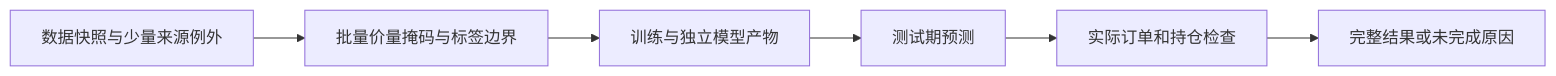
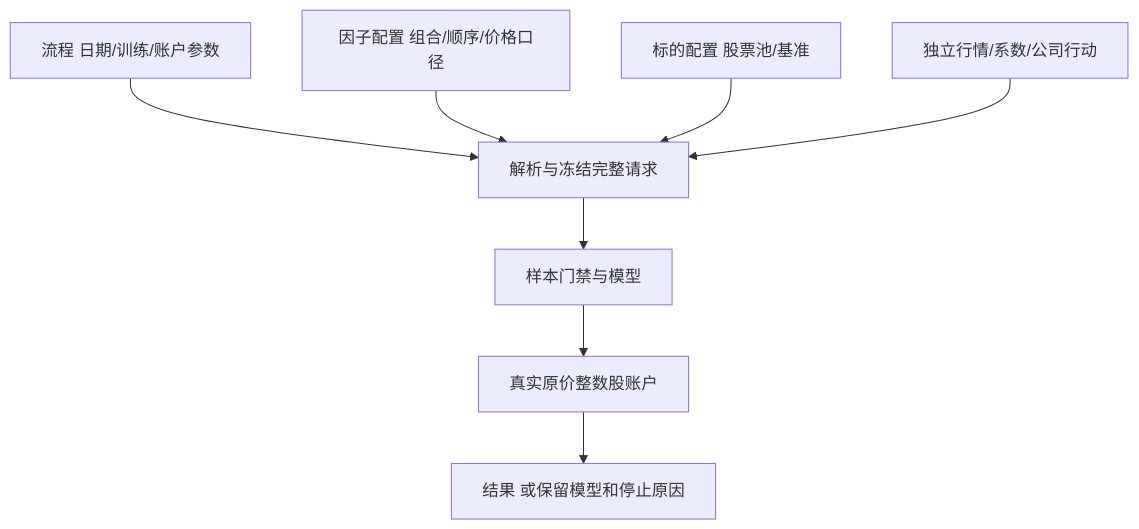
Before and after one commit to Dennishaha/JFQuant: the second of 2 diagrams in README.md, drawn with Mermaid. The commit also changed other lines of this file and 77 other files, not shown here.

````diff
--- a/README.md
+++ b/README.md
@@ -206,8 +139,10 @@
 ```mermaid
-flowchart LR
-  D[数据快照与少量来源例外] --> M[批量价量掩码与标签边界]
-  M --> T[训练与独立模型产物]
-  T --> P[测试期预测]
-  P --> E[实际订单和持仓检查]
-  E --> R[完整结果或未完成原因]
+flowchart TD
+  W[流程 日期/训练/账户参数] --> F[解析与冻结完整请求]
+  A[因子配置 组合/顺序/价格口径] --> F
+  U[标的配置 股票池/基准] --> F
+  D[独立行情/系数/公司行动] --> F
+  F --> T[样本门禁与模型]
+  T --> B[真实原价整数股账户]
+  B --> R[结果 或保留模型和停止原因]
 ```
````
